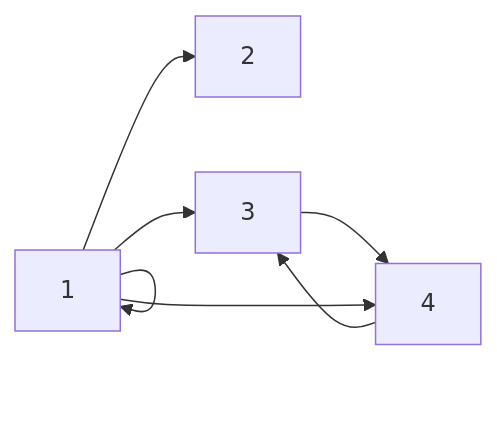
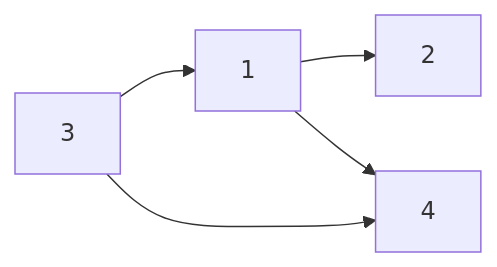
The diagram in graph-theory/dijkstra-shortest-reach-2.md (SlideeScherz/hacker-rank), drawn with Mermaid before and after one commit.

````diff
--- a/graph-theory/dijkstra-shortest-reach-2.md
+++ b/graph-theory/dijkstra-shortest-reach-2.md
@@ -24,6 +24,7 @@
 ```mermaid
 flowchart LR
   1 --> 2
-  1 --> 3 & 1 --> 4
-  4 --> 3
+  1 --> 4
+  3 --> 1
+  3 --> 4
 ```
````
